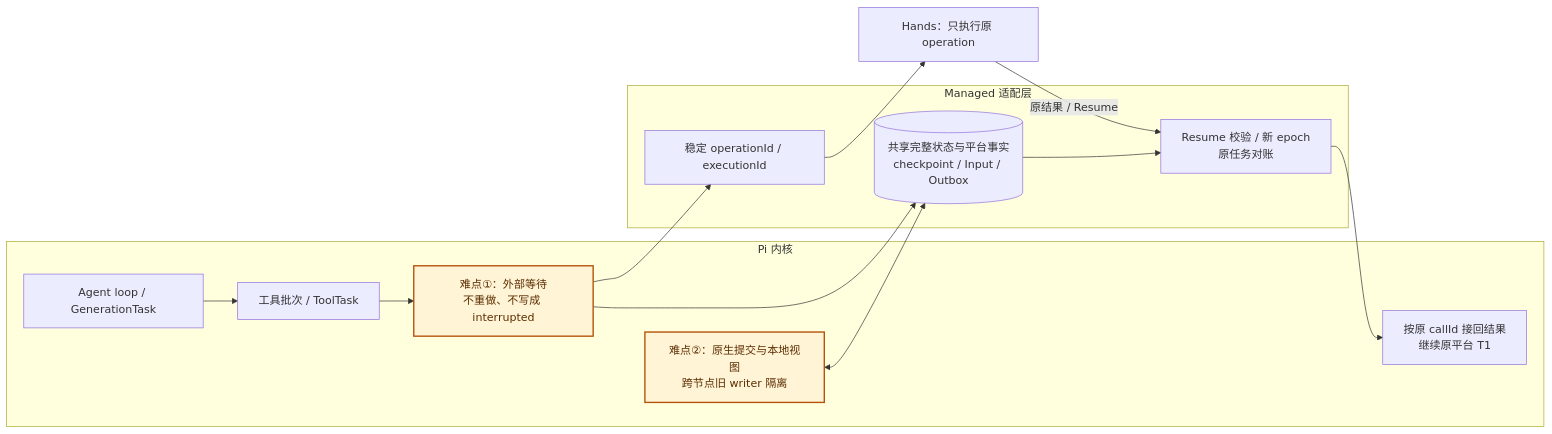
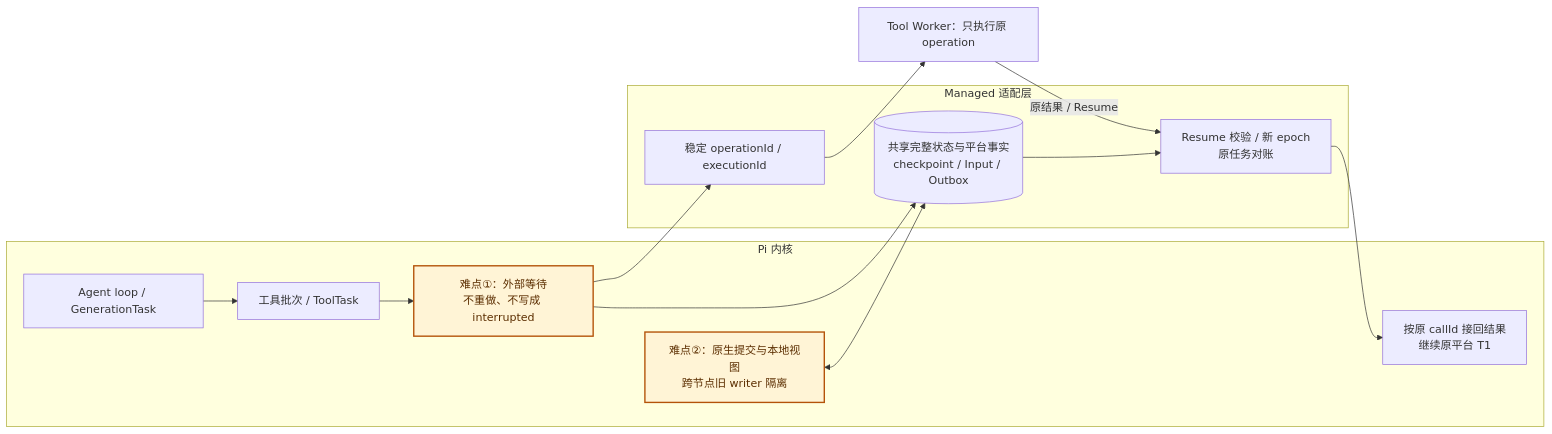
One commit to agentscope-ai/agentscope-java changed the second of 2 diagrams in agentscope-service/docs/harness2-pi-brain-evaluation.md. Above: the diagram before and after it, drawn with Mermaid. The commit also changed other lines of this file and 4515 other files, not shown here.

````diff
--- a/agentscope-service/docs/harness2-pi-brain-evaluation.md
+++ b/agentscope-service/docs/harness2-pi-brain-evaluation.md
@@ -67,22 +67,22 @@
 ```mermaid
 flowchart LR
     subgraph K["Pi 内核"]
         A["Agent loop / GenerationTask"] --> T["工具批次 / ToolTask"]
         T --> X["难点①：外部等待<br/>不重做、不写成 interrupted"]
         F["按原 callId 接回结果<br/>继续原平台 T1"]
         S["难点②：原生提交与本地视图<br/>跨节点旧 writer 隔离"]
     end
     subgraph M["Managed 适配层"]
         O["稳定 operationId / executionId"]
         D[("共享完整状态与平台事实<br/>checkpoint / Input / Outbox")]
         R["Resume 校验 / 新 epoch<br/>原任务对账"]
     end
-    H["Hands：只执行原 operation"]
+    H["Tool Worker：只执行原 operation"]
     X --> O --> H
     X --> D
     S <--> D
     H -->|"原结果 / Resume"| R
     D --> R --> F
     classDef risk fill:#fff4d6,stroke:#b45309,stroke-width:2px,color:#5c2e00
     class X,S risk
 ```
````
